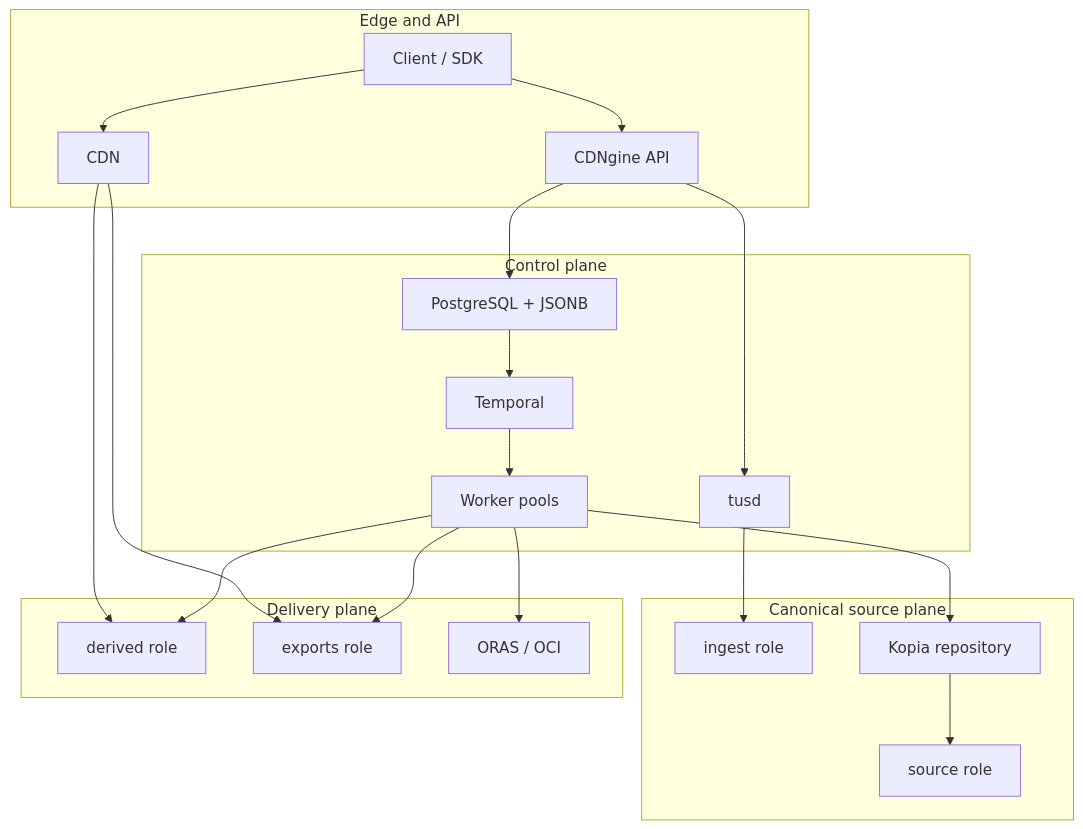
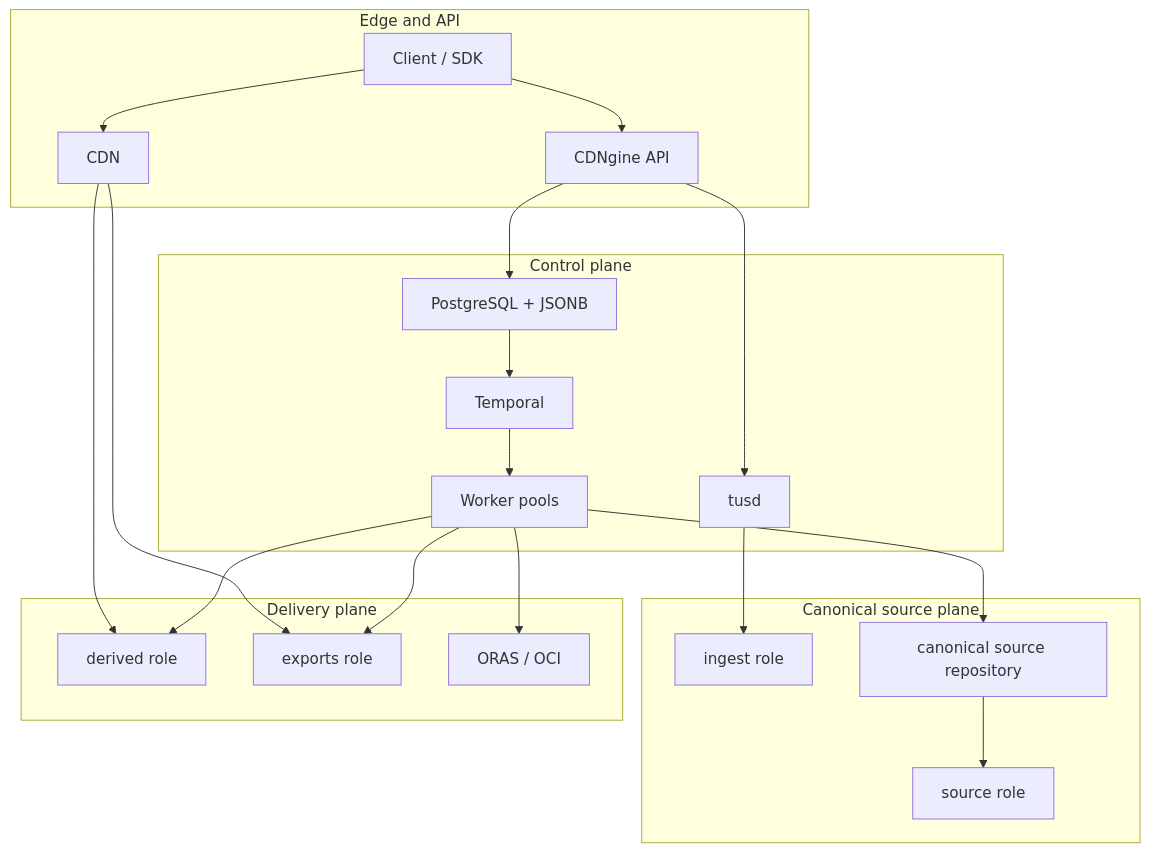
One commit to Yeusepe/cdngine changed the second of 5 diagrams in README.md. Above: the diagram before and after it, drawn with Mermaid. The commit also changed other lines of this file and 85 other files, not shown here.

First line of the commit message:
Add canonical source materialization and Xet default

````diff
--- a/README.md
+++ b/README.md
@@ -78,42 +78,42 @@
 ```mermaid
 flowchart TB
     subgraph Edge["Edge and API"]
         Client["Client / SDK"]
         ApiLayer["CDNgine API"]
         EdgeCache["CDN"]
     end
 
     subgraph Control["Control plane"]
         Ingest["tusd"]
         Registry["PostgreSQL + JSONB"]
         Workflow["Temporal"]
         Workers["Worker pools"]
     end
 
     subgraph Source["Canonical source plane"]
         Staging["ingest role"]
-        SourceRepo["Kopia repository"]
+        SourceRepo["canonical source repository"]
         SourceBacking["source role"]
     end
 
     subgraph Delivery["Delivery plane"]
         DerivedStore["derived role"]
         ExportStore["exports role"]
         Oras["ORAS / OCI"]
     end
 
     Client --> ApiLayer
     Client --> EdgeCache
     ApiLayer --> Ingest
     ApiLayer --> Registry
     Registry --> Workflow
     Workflow --> Workers
     Ingest --> Staging
     Workers --> SourceRepo
     SourceRepo --> SourceBacking
     Workers --> DerivedStore
     Workers --> ExportStore
     Workers --> Oras
     EdgeCache --> DerivedStore
     EdgeCache --> ExportStore
 ```
````
